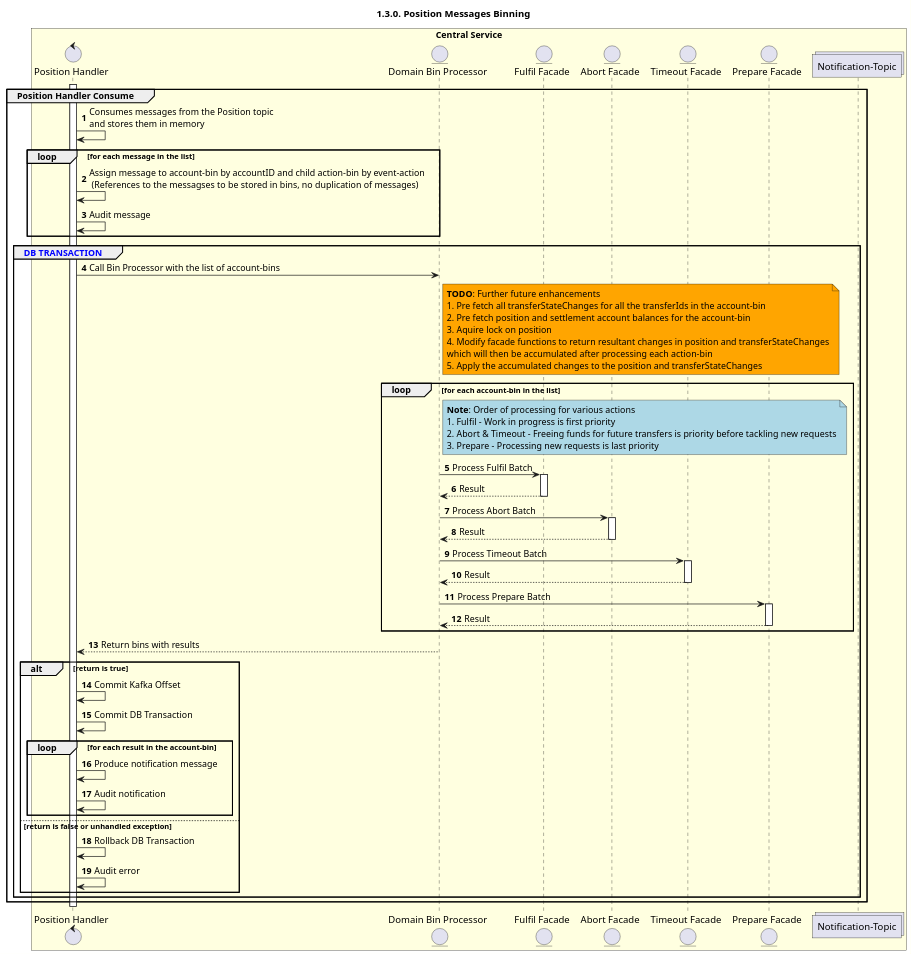
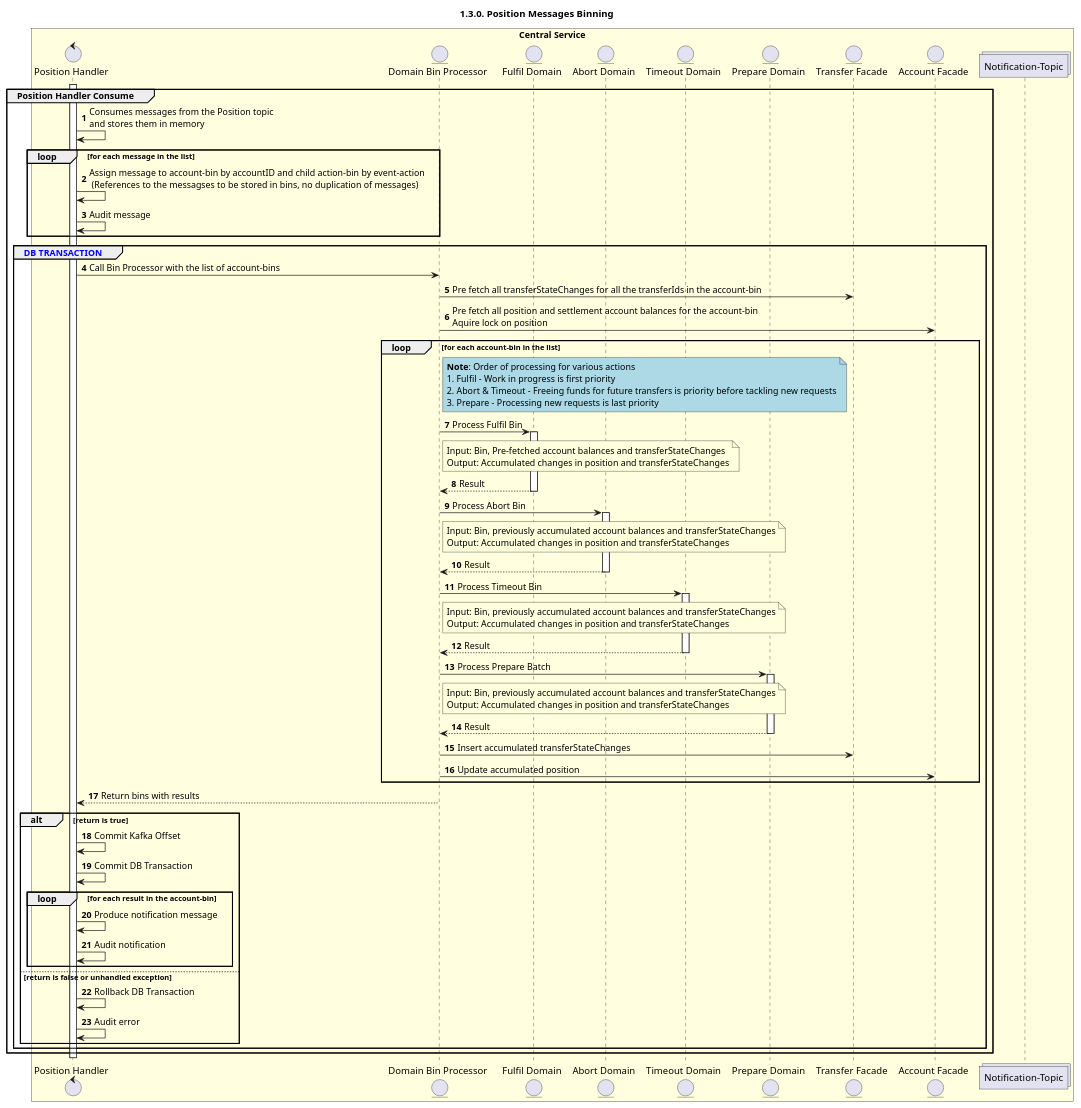
The diagram in docs/technical/central-ledger/assets/diagrams/sequence/seq-position-binning.plantuml (mojaloop/documentation), drawn with PlantUML before and after one commit. The commit also changed 2 other files, not shown here.

```diff
--- a/docs/technical/central-ledger/assets/diagrams/sequence/seq-position-binning.plantuml
+++ b/docs/technical/central-ledger/assets/diagrams/sequence/seq-position-binning.plantuml
@@ -26,100 +26,116 @@
 @startuml
 ' declate title
 title 1.3.0. Position Messages Binning
 
 autonumber
 
 ' Actor Keys:
 '   boundary - APIs/Interfaces, etc
 '   collections - Kafka Topics
 '   control - Kafka Consumers
 '   entity - Database Access Objects
 '   database - Database Persistence Store
 
 ' declare actors
 control "Position Handler" as POS_HANDLER
 
 entity "Domain Bin Processor" as BIN_PROCESSOR
-entity "Prepare Facade" as FACADE_PREPARE
-entity "Fulfil Facade" as FACADE_FULFIL
-entity "Abort Facade" as FACADE_ABORT
-entity "Timeout Facade" as FACADE_TIMEOUT
+entity "Prepare Domain" as DOMAIN_PREPARE
+entity "Fulfil Domain" as DOMAIN_FULFIL
+entity "Abort Domain" as DOMAIN_ABORT
+entity "Timeout Domain" as DOMAIN_TIMEOUT
+entity "Transfer Facade" as FACADE_TRANSFER
+entity "Account Facade" as FACADE_ACCOUNT
 collections "Notification-Topic" as TOPIC_NOTIFICATIONS
 ' database "Central Store" as DB
 
 box "Central Service" #LightYellow
     participant POS_HANDLER
     participant BIN_PROCESSOR
-    participant FACADE_FULFIL
-    participant FACADE_ABORT
-    participant FACADE_TIMEOUT
-    participant FACADE_PREPARE
+    participant DOMAIN_FULFIL
+    participant DOMAIN_ABORT
+    participant DOMAIN_TIMEOUT
+    participant DOMAIN_PREPARE
+    participant FACADE_TRANSFER
+    participant FACADE_ACCOUNT
     ' participant DB
     participant TOPIC_NOTIFICATIONS
 end box
 
 ' start flow
 activate POS_HANDLER
 group Position Handler Consume
     POS_HANDLER -> POS_HANDLER: Consumes messages from the Position topic \nand stores them in memory
     loop for each message in the list
         POS_HANDLER -> POS_HANDLER: Assign message to account-bin by accountID and child action-bin by event-action\n (References to the messagses to be stored in bins, no duplication of messages)
         POS_HANDLER -> POS_HANDLER: Audit message
     end
     group <color #blue>DB TRANSACTION</color>
         POS_HANDLER -> BIN_PROCESSOR: Call Bin Processor with the list of account-bins
+        
+        BIN_PROCESSOR -> FACADE_TRANSFER: Pre fetch all transferStateChanges for all the transferIds in the account-bin
+        BIN_PROCESSOR -> FACADE_ACCOUNT: Pre fetch all position and settlement account balances for the account-bin\nAquire lock on position
 
-        note right of BIN_PROCESSOR #orange
-            **TODO**: Further future enhancements
-            1. Pre fetch all transferStateChanges for all the transferIds in the account-bin
-            2. Pre fetch position and settlement account balances for the account-bin
-            3. Aquire lock on position
-            4. Modify facade functions to return resultant changes in position and transferStateChanges
-            which will then be accumulated after processing each action-bin
-            5. Apply the accumulated changes to the position and transferStateChanges
-        end note
         loop for each account-bin in the list
             note right of BIN_PROCESSOR #lightblue
                 **Note**: Order of processing for various actions
                 1. Fulfil - Work in progress is first priority
                 2. Abort & Timeout - Freeing funds for future transfers is priority before tackling new requests
                 3. Prepare - Processing new requests is last priority
             end note
 
-            BIN_PROCESSOR -> FACADE_FULFIL: Process Fulfil Batch
-            activate FACADE_FULFIL
-            FACADE_FULFIL --> BIN_PROCESSOR: Result
-            deactivate FACADE_FULFIL
+            BIN_PROCESSOR -> DOMAIN_FULFIL: Process Fulfil Bin
+            note right of BIN_PROCESSOR
+                Input: Bin, Pre-fetched account balances and transferStateChanges
+                Output: Accumulated changes in position and transferStateChanges
+            end note
+            activate DOMAIN_FULFIL
+            DOMAIN_FULFIL --> BIN_PROCESSOR: Result
+            deactivate DOMAIN_FULFIL
 
-            BIN_PROCESSOR -> FACADE_ABORT: Process Abort Batch
-            activate FACADE_ABORT
-            FACADE_ABORT --> BIN_PROCESSOR: Result
-            deactivate FACADE_ABORT
+            BIN_PROCESSOR -> DOMAIN_ABORT: Process Abort Bin
+            note right of BIN_PROCESSOR
+                Input: Bin, previously accumulated account balances and transferStateChanges
+                Output: Accumulated changes in position and transferStateChanges
+            end note
+            activate DOMAIN_ABORT
+            DOMAIN_ABORT --> BIN_PROCESSOR: Result
+            deactivate DOMAIN_ABORT
 
-            BIN_PROCESSOR -> FACADE_TIMEOUT: Process Timeout Batch
-            activate FACADE_TIMEOUT
-            FACADE_TIMEOUT --> BIN_PROCESSOR: Result
-            deactivate FACADE_TIMEOUT
+            BIN_PROCESSOR -> DOMAIN_TIMEOUT: Process Timeout Bin
+            note right of BIN_PROCESSOR
+                Input: Bin, previously accumulated account balances and transferStateChanges
+                Output: Accumulated changes in position and transferStateChanges
+            end note
+            activate DOMAIN_TIMEOUT
+            DOMAIN_TIMEOUT --> BIN_PROCESSOR: Result
+            deactivate DOMAIN_TIMEOUT
 
-            BIN_PROCESSOR -> FACADE_PREPARE: Process Prepare Batch
-            activate FACADE_PREPARE
-            FACADE_PREPARE --> BIN_PROCESSOR: Result
-            deactivate FACADE_PREPARE
+            BIN_PROCESSOR -> DOMAIN_PREPARE: Process Prepare Batch
+            note right of BIN_PROCESSOR
+                Input: Bin, previously accumulated account balances and transferStateChanges
+                Output: Accumulated changes in position and transferStateChanges
+            end note
+            activate DOMAIN_PREPARE
+            DOMAIN_PREPARE --> BIN_PROCESSOR: Result
+            deactivate DOMAIN_PREPARE
+            BIN_PROCESSOR -> FACADE_TRANSFER: Insert accumulated transferStateChanges
+            BIN_PROCESSOR -> FACADE_ACCOUNT: Update accumulated position
         end
         
         BIN_PROCESSOR --> POS_HANDLER: Return bins with results
         alt return is true
             POS_HANDLER -> POS_HANDLER: Commit Kafka Offset
             POS_HANDLER -> POS_HANDLER: Commit DB Transaction
             loop for each result in the account-bin
                 POS_HANDLER -> POS_HANDLER: Produce notification message
                 POS_HANDLER -> POS_HANDLER: Audit notification
             end
         else return is false or unhandled exception
             POS_HANDLER -> POS_HANDLER: Rollback DB Transaction
             POS_HANDLER -> POS_HANDLER: Audit error
         end
     end
 end
 deactivate POS_HANDLER
 @enduml
```
